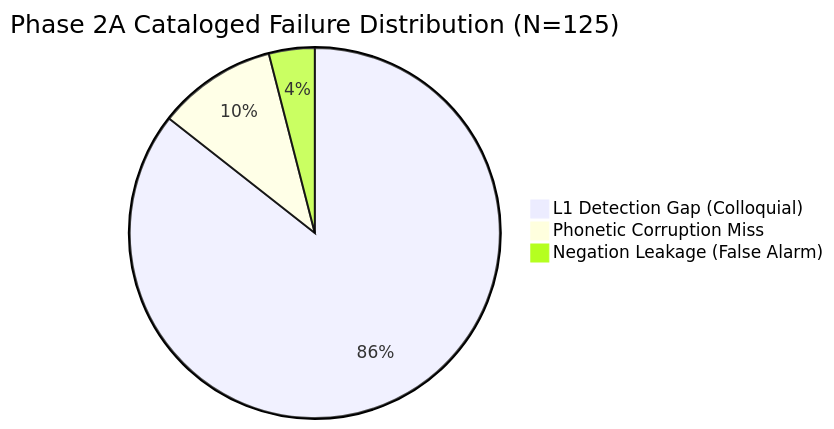
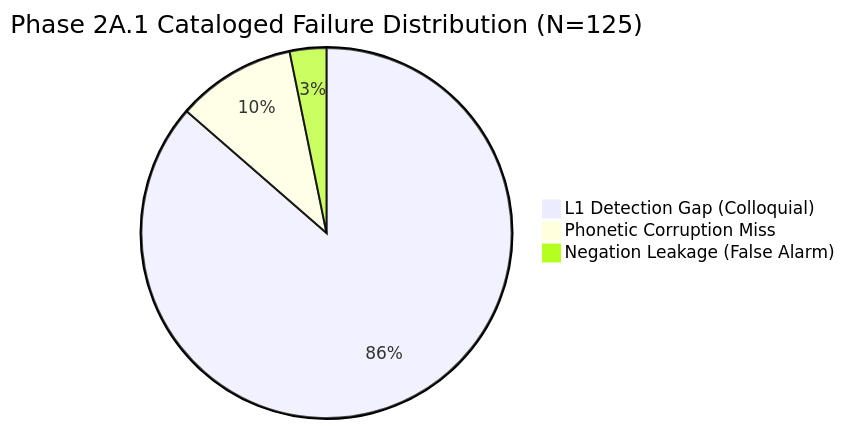
One commit to PuneethPujala/ai-medical-voice-agent changed the diagram in eval/governance/PHASE2A_RECONCILIATION_REPORT.md. Above: the diagram before and after it, drawn with Mermaid. The commit also changed other lines of this file and 10 other files, not shown here.

````diff
--- a/eval/governance/PHASE2A_RECONCILIATION_REPORT.md
+++ b/eval/governance/PHASE2A_RECONCILIATION_REPORT.md
@@ -91,6 +91,6 @@
 ```mermaid
-pie title Phase 2A Cataloged Failure Distribution (N=125)
-    "L1 Detection Gap (Colloquial)" : 107
+pie title Phase 2A.1 Cataloged Failure Distribution (N=125)
+    "L1 Detection Gap (Colloquial)" : 108
     "Phonetic Corruption Miss" : 13
-    "Negation Leakage (False Alarm)" : 5
+    "Negation Leakage (False Alarm)" : 4
 ```
````
